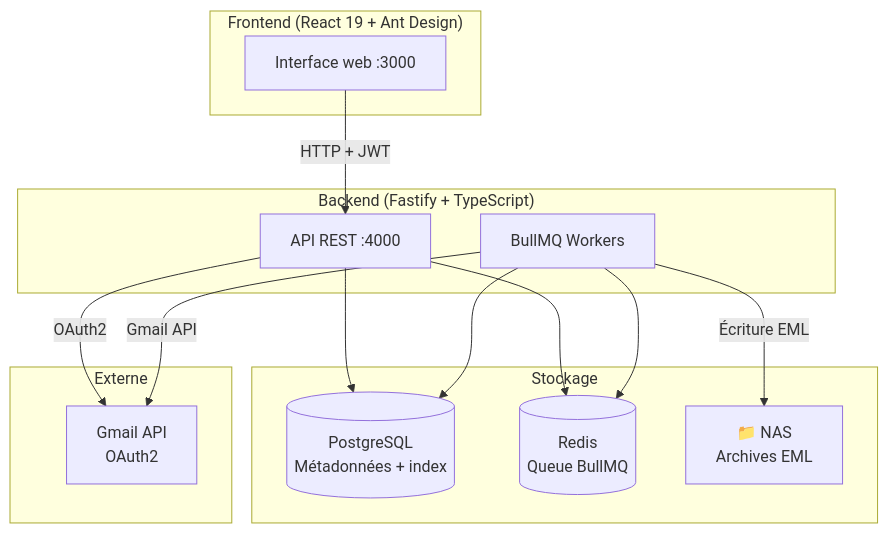
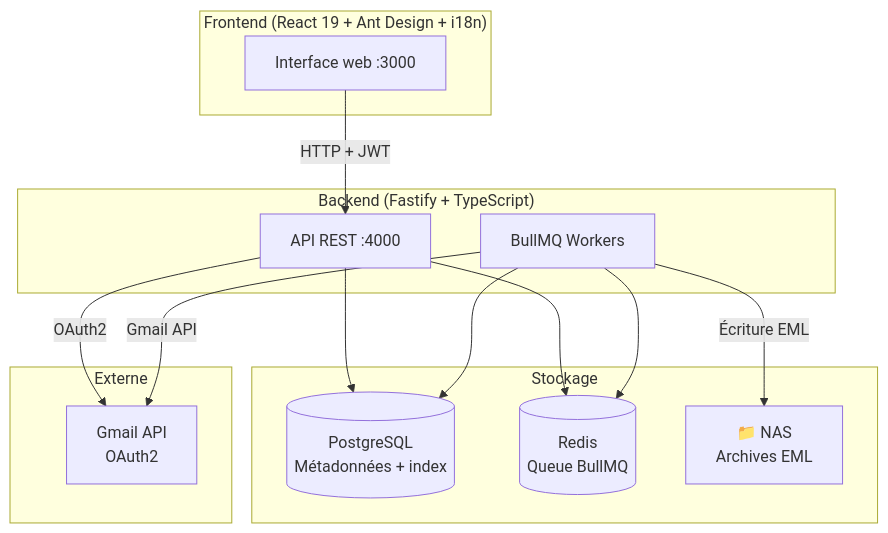
The first of 3 diagrams in docs/architecture/overview.md (Le-Nid/nid), drawn with Mermaid before and after one commit. The commit also changed other lines of this file and 31 other files, not shown here.

````diff
--- a/docs/architecture/overview.md
+++ b/docs/architecture/overview.md
@@ -5,30 +5,30 @@
 ```mermaid
 graph TB
-    subgraph Frontend["Frontend (React 19 + Ant Design)"]
+    subgraph Frontend["Frontend (React 19 + Ant Design + i18n)"]
         UI[Interface web :3000]
     end
 
     subgraph Backend["Backend (Fastify + TypeScript)"]
         API[API REST :4000]
         Workers[BullMQ Workers]
     end
 
     subgraph Storage["Stockage"]
         PG[(PostgreSQL\nMétadonnées + index)]
         Redis[(Redis\nQueue BullMQ)]
         NAS[📁 NAS\nArchives EML]
     end
 
     subgraph External["Externe"]
         Gmail[Gmail API\nOAuth2]
     end
 
     UI -->|HTTP + JWT| API
     API -->|OAuth2| Gmail
     API --> PG
     API --> Redis
     Workers --> PG
     Workers --> Redis
     Workers -->|Écriture EML| NAS
     Workers -->|Gmail API| Gmail
 ```
````
